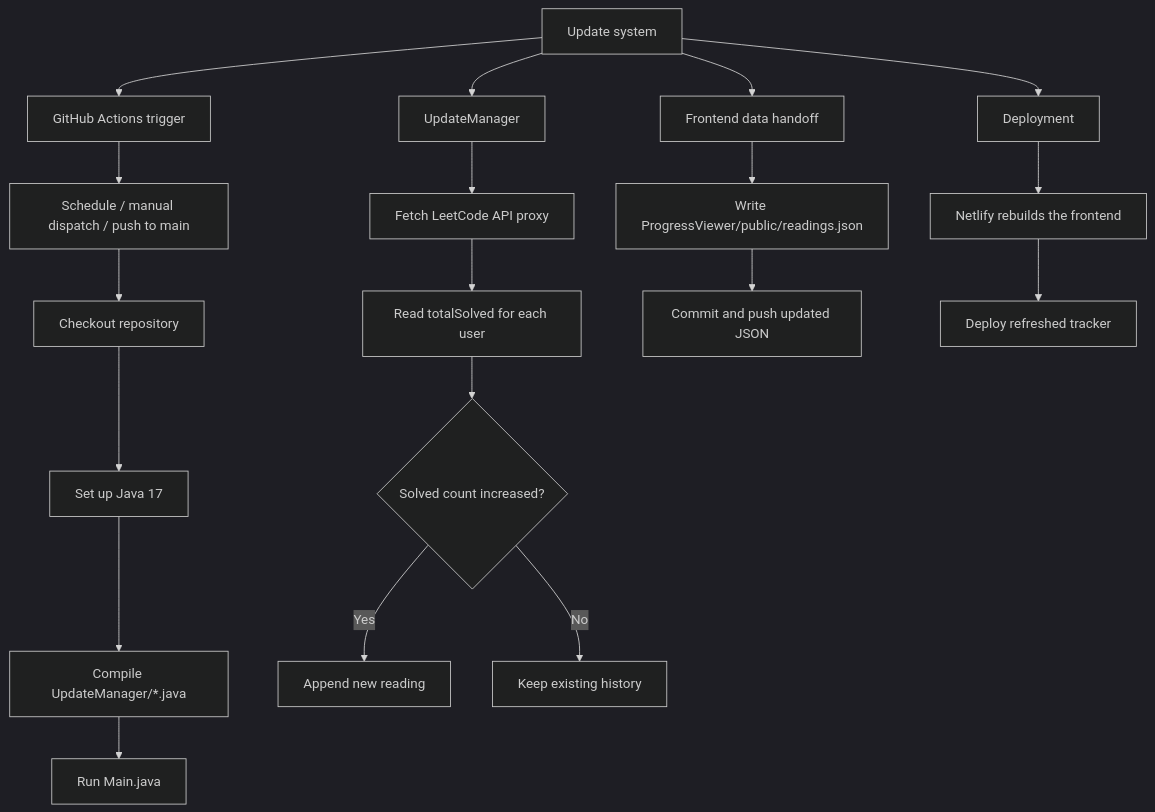
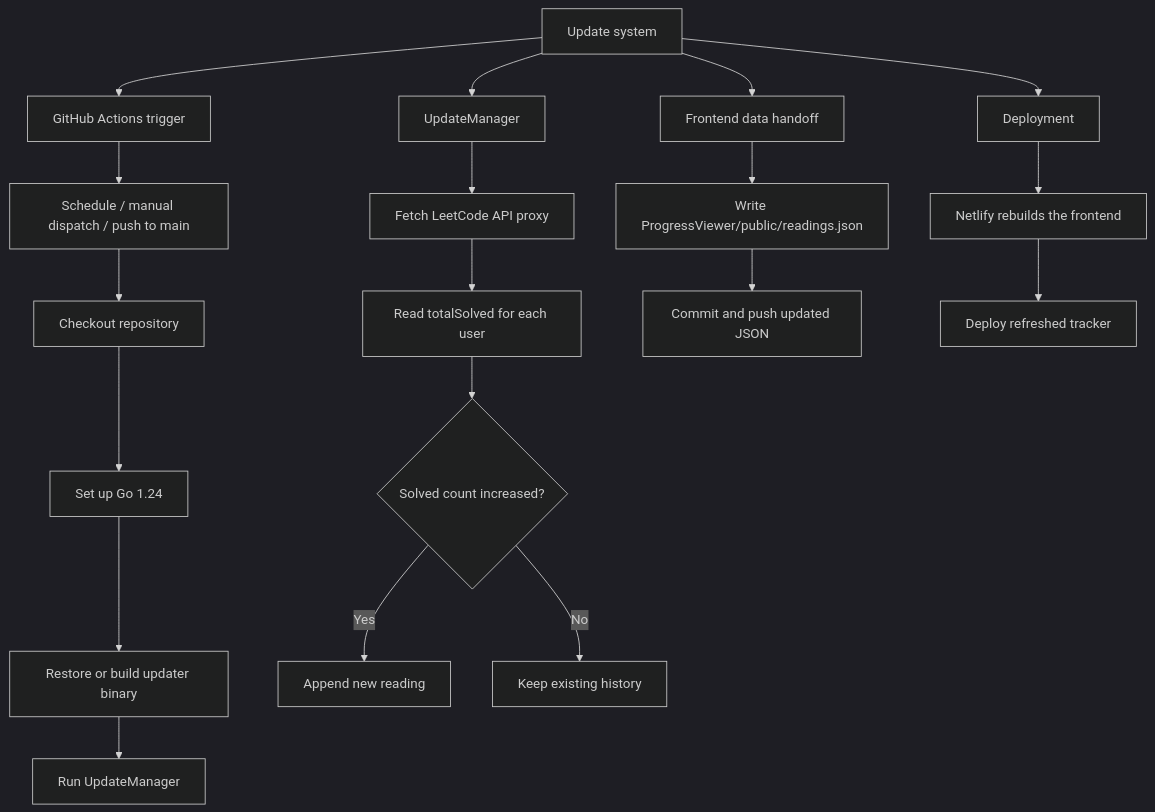
The diagram in README.md (Anga205/Leetcode-Tracker), drawn with Mermaid (dark theme) before and after one commit. The commit also changed other lines of this file and 2 other files, not shown here.

Commit message:
change java refrences to go ones

````diff
--- a/README.md
+++ b/README.md
@@ -26,25 +26,25 @@
 ```mermaid
 flowchart TD
 	A[Update system] --> B[GitHub Actions trigger]
 	A --> C[UpdateManager]
 	A --> D[Frontend data handoff]
 	A --> E[Deployment]
 
 	B --> B1[Schedule / manual dispatch / push to main]
 	B1 --> B2[Checkout repository]
-	B2 --> B3[Set up Java 17]
-	B3 --> B4[Compile UpdateManager/*.java]
-	B4 --> B5[Run Main.java]
+	B2 --> B3[Set up Go 1.24]
+	B3 --> B4[Restore or build updater binary]
+	B4 --> B5[Run UpdateManager]
 
 	C --> C1[Fetch LeetCode API proxy]
 	C1 --> C2[Read totalSolved for each user]
 	C2 --> C3{Solved count increased?}
 	C3 -- Yes --> C4[Append new reading]
 	C3 -- No --> C5[Keep existing history]
 
 	D --> D1[Write ProgressViewer/public/readings.json]
 	D1 --> D2[Commit and push updated JSON]
 
 	E --> E1[Netlify rebuilds the frontend]
 	E1 --> E2[Deploy refreshed tracker]
 ```
````
